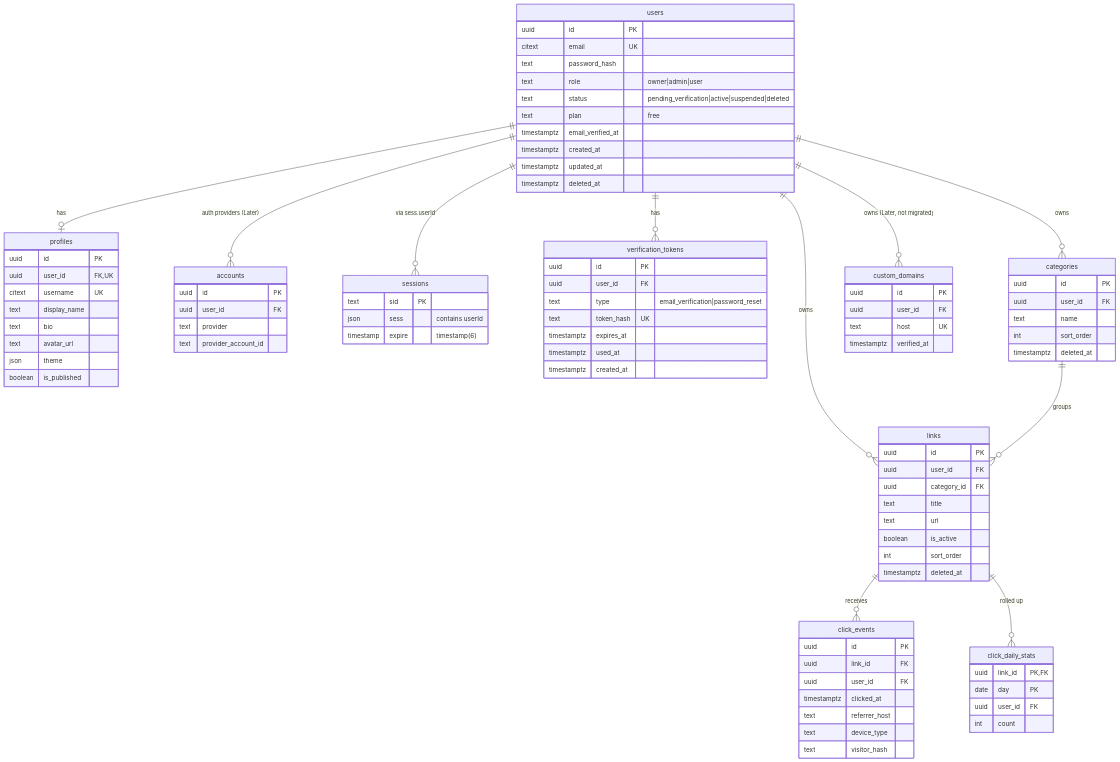
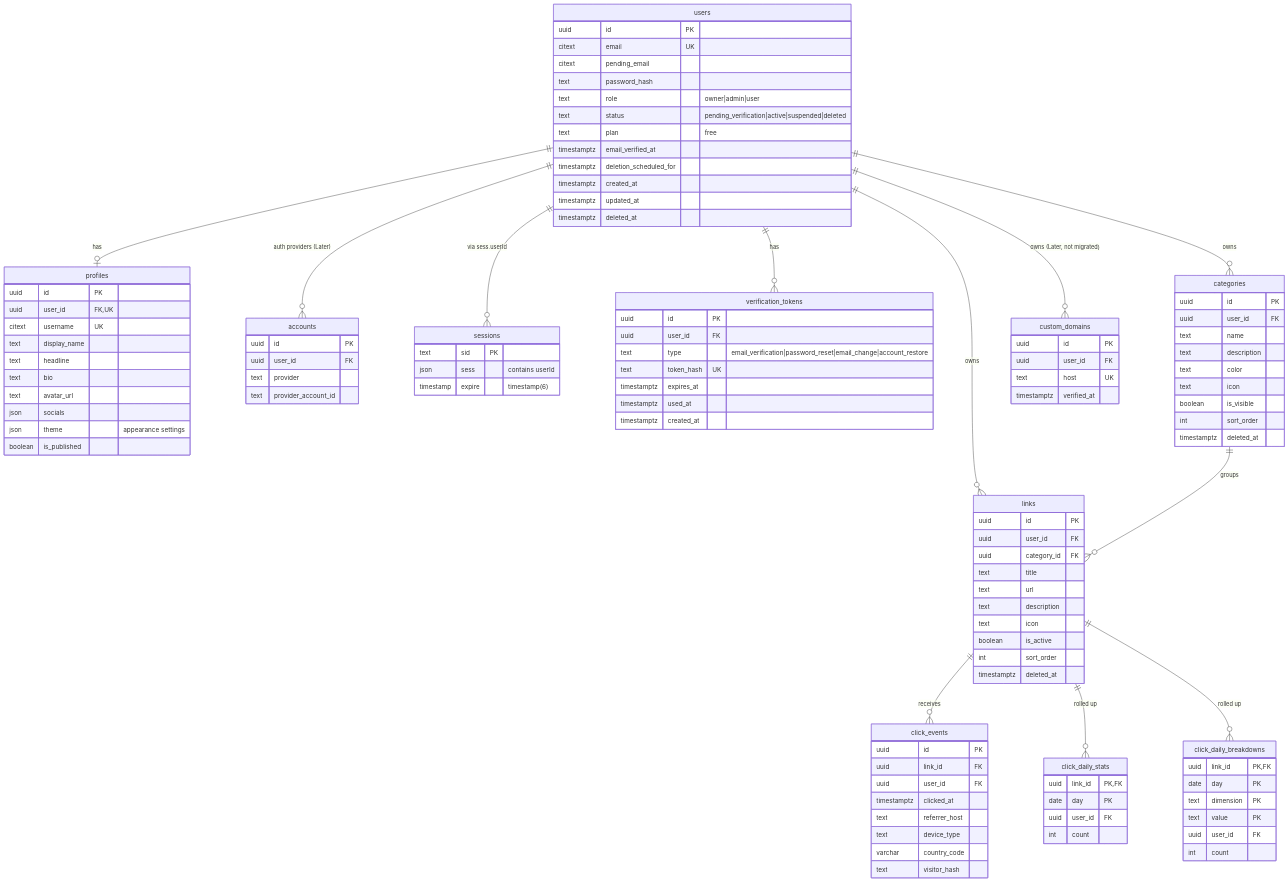
Before and after one commit to nayan-kunwar/LinkHub: the second of 2 diagrams in link-hub-architecture.md, drawn with Mermaid. The commit also changed other lines of this file and 39 other files, not shown here.

Commit message:
feat: complete LinkHub UI surface and v2.4 architecture

```diff
--- a/link-hub-architecture.md
+++ b/link-hub-architecture.md
@@ -354,15 +382,18 @@
     categories ||--o{ links : groups
     links ||--o{ click_events : receives
     links ||--o{ click_daily_stats : "rolled up"
+    links ||--o{ click_daily_breakdowns : "rolled up"
 
     users {
         uuid id PK
         citext email UK
+        citext pending_email
         text password_hash
         text role "owner|admin|user"
         text status "pending_verification|active|suspended|deleted"
         text plan "free"
         timestamptz email_verified_at
+        timestamptz deletion_scheduled_for
         timestamptz created_at
         timestamptz updated_at
         timestamptz deleted_at
@@ -381,7 +412,7 @@
     verification_tokens {
         uuid id PK
         uuid user_id FK
-        text type "email_verification|password_reset"
+        text type "email_verification|password_reset|email_change|account_restore"
         text token_hash UK
         timestamptz expires_at
         timestamptz used_at
@@ -392,15 +423,21 @@
         uuid user_id FK,UK
         citext username UK
         text display_name
+        text headline
         text bio
         text avatar_url
-        json theme
+        json socials
+        json theme "appearance settings"
         boolean is_published
     }
     categories {
         uuid id PK
         uuid user_id FK
         text name
+        text description
+        text color
+        text icon
+        boolean is_visible
         int sort_order
         timestamptz deleted_at
     }
@@ -410,6 +447,8 @@
         uuid category_id FK
         text title
         text url
+        text description
+        text icon
         boolean is_active
         int sort_order
         timestamptz deleted_at
@@ -421,11 +460,20 @@
         timestamptz clicked_at
         text referrer_host
         text device_type
+        varchar country_code
         text visitor_hash
     }
     click_daily_stats {
         uuid link_id PK,FK
         date day PK
+        uuid user_id FK
+        int count
+    }
+    click_daily_breakdowns {
+        uuid link_id PK,FK
+        date day PK
+        text dimension PK
+        text value PK
         uuid user_id FK
         int count
     }
```
